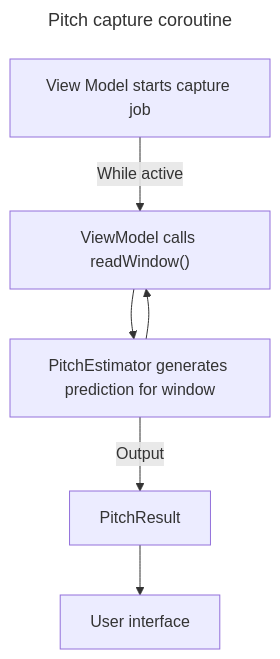
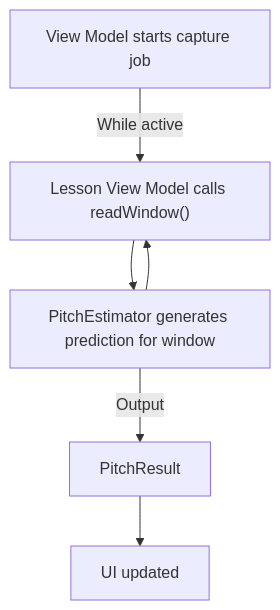
The diagram in SawEars_client/docs/diagrams/flows/pitchCaptureCoroutine.mmd (sgo4/CSM500-2026-APR_Project), drawn with Mermaid before and after one commit. The commit also changed 13 other files, not shown here.

Commit message:
add diagrams

```diff
--- a/SawEars_client/docs/diagrams/flows/pitchCaptureCoroutine.mmd
+++ b/SawEars_client/docs/diagrams/flows/pitchCaptureCoroutine.mmd
@@ -1,12 +1,9 @@
----
-title: Pitch capture coroutine
----
 flowchart
 direction LR
 
 
-A["View Model starts capture job"] -->|"While active"| B["ViewModel calls readWindow()"]
+A["View Model starts capture job"] -->|"While active"| B["Lesson View Model calls readWindow()"]
 B --> D["PitchEstimator generates prediction for window"]
 D --> B
 D -->|Output| E["PitchResult"]
-E --> F["User interface"]
+E --> F["UI updated"]
```
